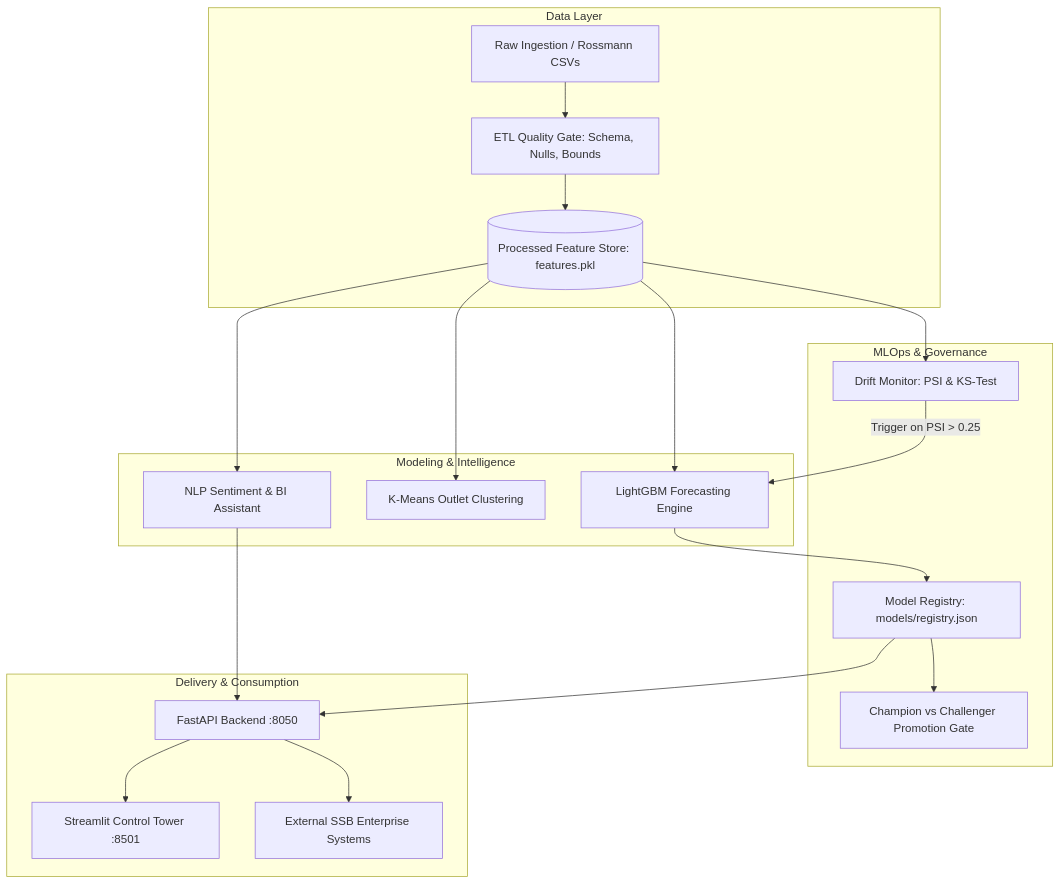
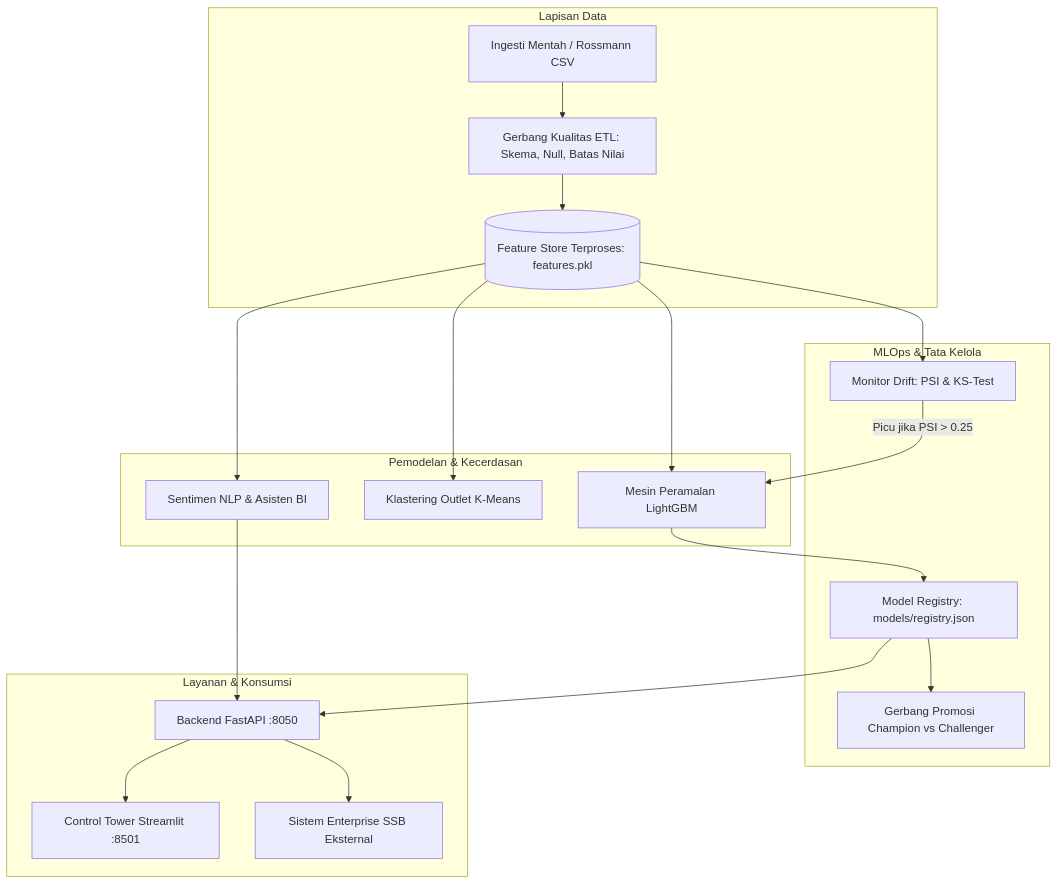
Before and after one commit to azharzuhro12/SSB-Intelligence: the diagram in README.md, drawn with Mermaid. The commit also changed other lines of this file, not shown here.

````diff
--- a/README.md
+++ b/README.md
@@ -75,27 +75,27 @@
 ```mermaid
 flowchart TD
-    subgraph Data Layer
-        A[Raw Ingestion / Rossmann CSVs] --> B[ETL Quality Gate: Schema, Nulls, Bounds]
-        B --> C[(Processed Feature Store: features.pkl)]
+    subgraph Lapisan Data
+        A[Ingesti Mentah / Rossmann CSV] --> B[Gerbang Kualitas ETL: Skema, Null, Batas Nilai]
+        B --> C[(Feature Store Terproses: features.pkl)]
     end
 
-    subgraph Modeling & Intelligence
-        C --> D[LightGBM Forecasting Engine]
-        C --> E[K-Means Outlet Clustering]
-        C --> F[NLP Sentiment & BI Assistant]
+    subgraph Pemodelan & Kecerdasan
+        C --> D[Mesin Peramalan LightGBM]
+        C --> E[Klastering Outlet K-Means]
+        C --> F[Sentimen NLP & Asisten BI]
     end
 
-    subgraph MLOps & Governance
+    subgraph MLOps & Tata Kelola
         D --> G[Model Registry: models/registry.json]
-        G --> H[Champion vs Challenger Promotion Gate]
-        C --> I[Drift Monitor: PSI & KS-Test]
-        I -->|Trigger on PSI > 0.25| D
+        G --> H[Gerbang Promosi Champion vs Challenger]
+        C --> I[Monitor Drift: PSI & KS-Test]
+        I -->|Picu jika PSI > 0.25| D
     end
 
-    subgraph Delivery & Consumption
-        G --> J[FastAPI Backend :8050]
+    subgraph Layanan & Konsumsi
+        G --> J[Backend FastAPI :8050]
         F --> J
-        J --> K[Streamlit Control Tower :8501]
-        J --> L[External SSB Enterprise Systems]
+        J --> K[Control Tower Streamlit :8501]
+        J --> L[Sistem Enterprise SSB Eksternal]
     end
 ```
````
